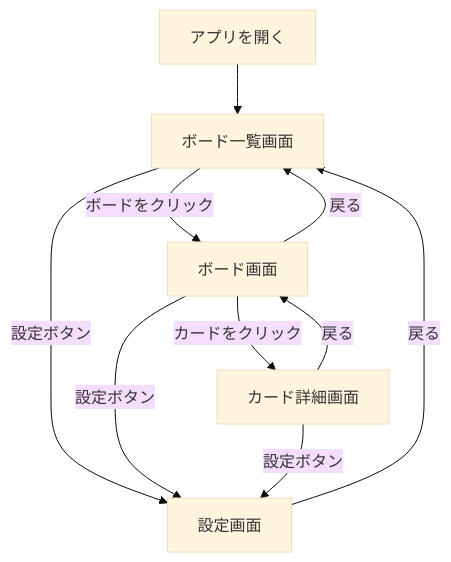
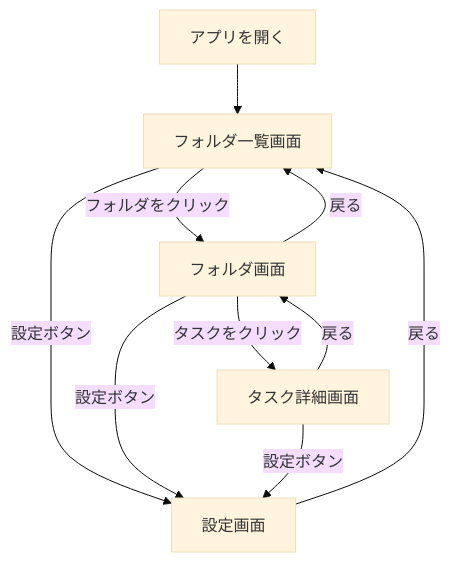
One commit to kmrtk/task-manager-personal changed the first of 2 diagrams in docs/requirements.md. Above: the diagram before and after it, drawn with Mermaid (base theme). The commit also changed other lines of this file, not shown here.

````diff
--- a/docs/requirements.md
+++ b/docs/requirements.md
@@ -56,12 +56,12 @@
 ```mermaid
 flowchart TD
-    A[アプリを開く] --> B[ボード一覧画面]
-    B -->|ボードをクリック| C[ボード画面]
-    C -->|カードをクリック| D[カード詳細画面]
+    A[アプリを開く] --> B[フォルダ一覧画面]
+    B -->|フォルダをクリック| C[フォルダ画面]
+    C -->|タスクをクリック| D[タスク詳細画面]
     D -->|戻る| C
     C -->|戻る| B
     B -->|設定ボタン| E[設定画面]
     C -->|設定ボタン| E
     D -->|設定ボタン| E
     E -->|戻る| B
 ```
````
